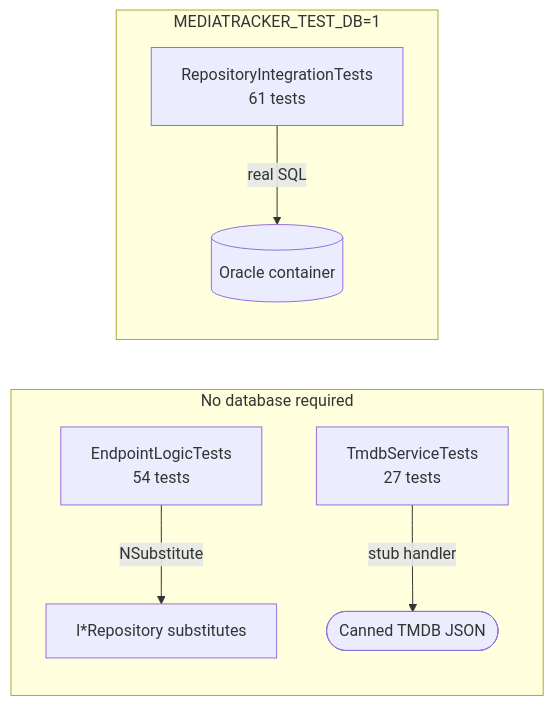
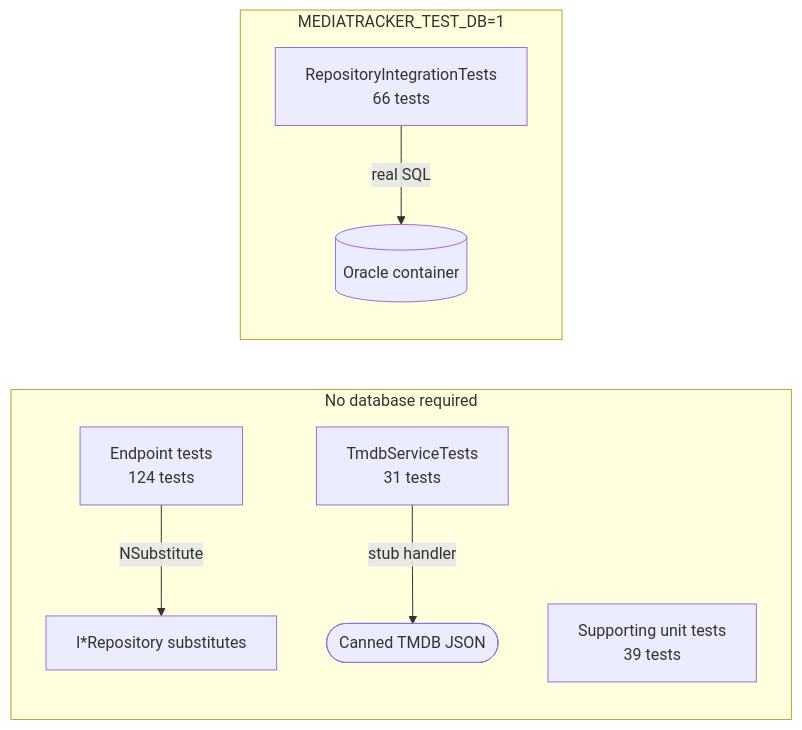
One commit to ChamuRajapaksha/media-tracker changed the third of 3 diagrams in README.md. Above: the diagram before and after it, drawn with Mermaid. The commit also changed other lines of this file, not shown here.

````diff
--- a/README.md
+++ b/README.md
@@ -284,11 +288,12 @@
 ```mermaid
 flowchart LR
     subgraph Unit["No database required"]
-        EL["EndpointLogicTests<br/>54 tests"] -->|"NSubstitute"| Fakes["I*Repository substitutes"]
-        TS["TmdbServiceTests<br/>27 tests"] -->|"stub handler"| FakeApi(["Canned TMDB JSON"])
+        EL["Endpoint tests<br/>124 tests"] -->|"NSubstitute"| Fakes["I*Repository substitutes"]
+        TS["TmdbServiceTests<br/>31 tests"] -->|"stub handler"| FakeApi(["Canned TMDB JSON"])
+        OT["Supporting unit tests<br/>39 tests"]
     end
 
     subgraph Integration["MEDIATRACKER_TEST_DB=1"]
-        RI["RepositoryIntegrationTests<br/>61 tests"] -->|"real SQL"| Oracle[("Oracle container")]
+        RI["RepositoryIntegrationTests<br/>66 tests"] -->|"real SQL"| Oracle[("Oracle container")]
     end
 ```
````
